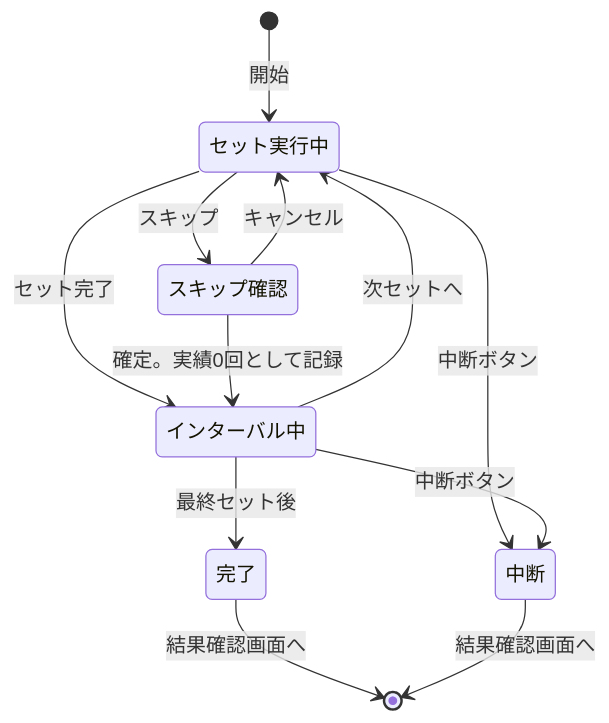
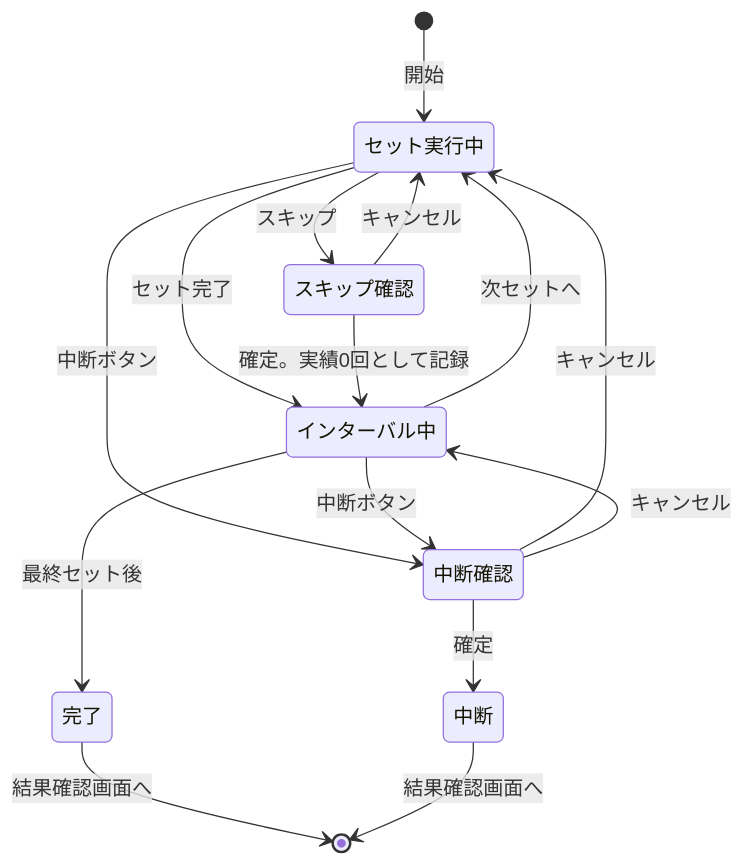
One commit to umi-kappa/peak-rm changed the second of 2 diagrams in docs/spec.md. Above: the diagram before and after it, drawn with Mermaid. The commit also changed other lines of this file and 1 other file, not shown here.

````diff
--- a/docs/spec.md
+++ b/docs/spec.md
@@ -199,15 +264,18 @@
 ```mermaid
 stateDiagram-v2
     direction TB
     [*] --> セット実行中: 開始
     セット実行中 --> インターバル中: セット完了
     セット実行中 --> スキップ確認: スキップ
     スキップ確認 --> インターバル中: 確定。実績0回として記録
     スキップ確認 --> セット実行中: キャンセル
     インターバル中 --> セット実行中: 次セットへ
     インターバル中 --> 完了: 最終セット後
-    セット実行中 --> 中断: 中断ボタン
-    インターバル中 --> 中断: 中断ボタン
+    セット実行中 --> 中断確認: 中断ボタン
+    インターバル中 --> 中断確認: 中断ボタン
+    中断確認 --> 中断: 確定
+    中断確認 --> セット実行中: キャンセル
+    中断確認 --> インターバル中: キャンセル
     完了 --> [*]: 結果確認画面へ
     中断 --> [*]: 結果確認画面へ
 ```
````
